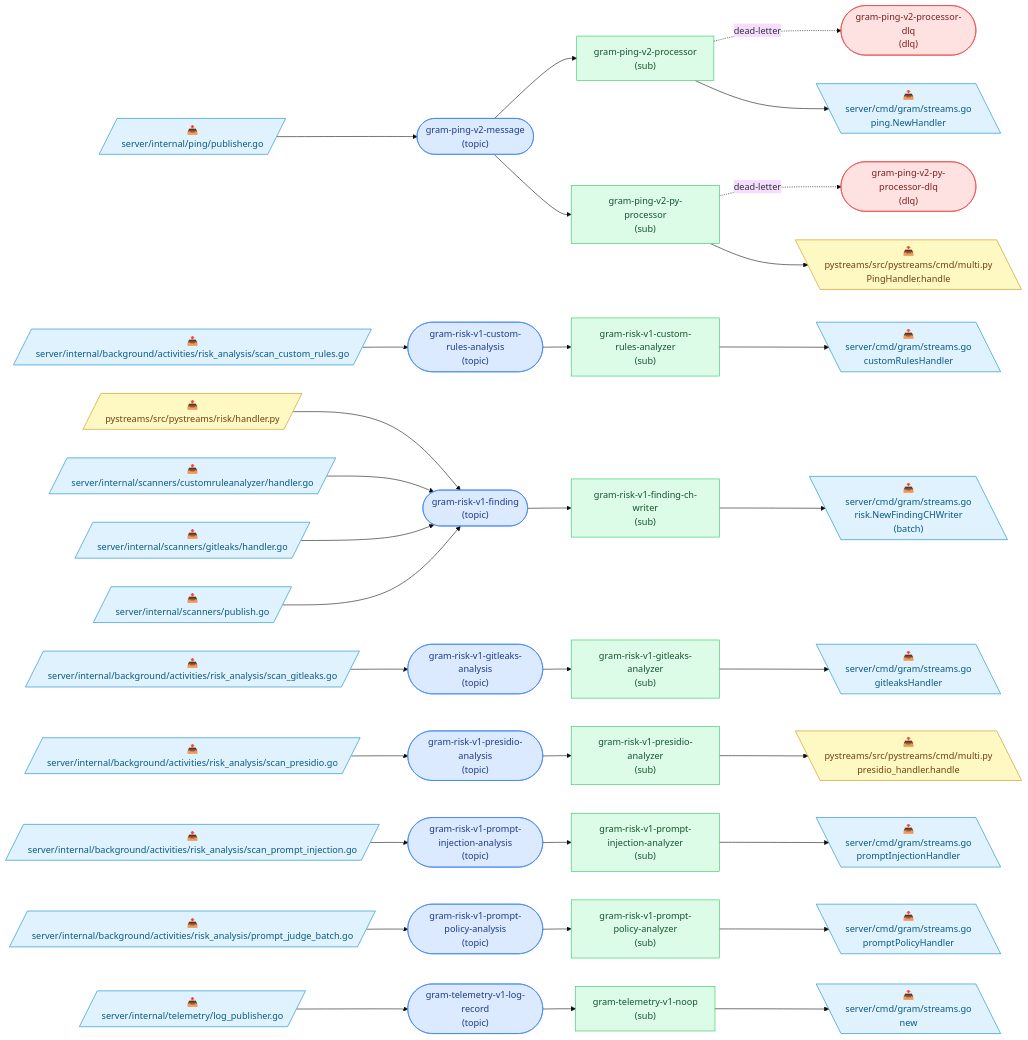
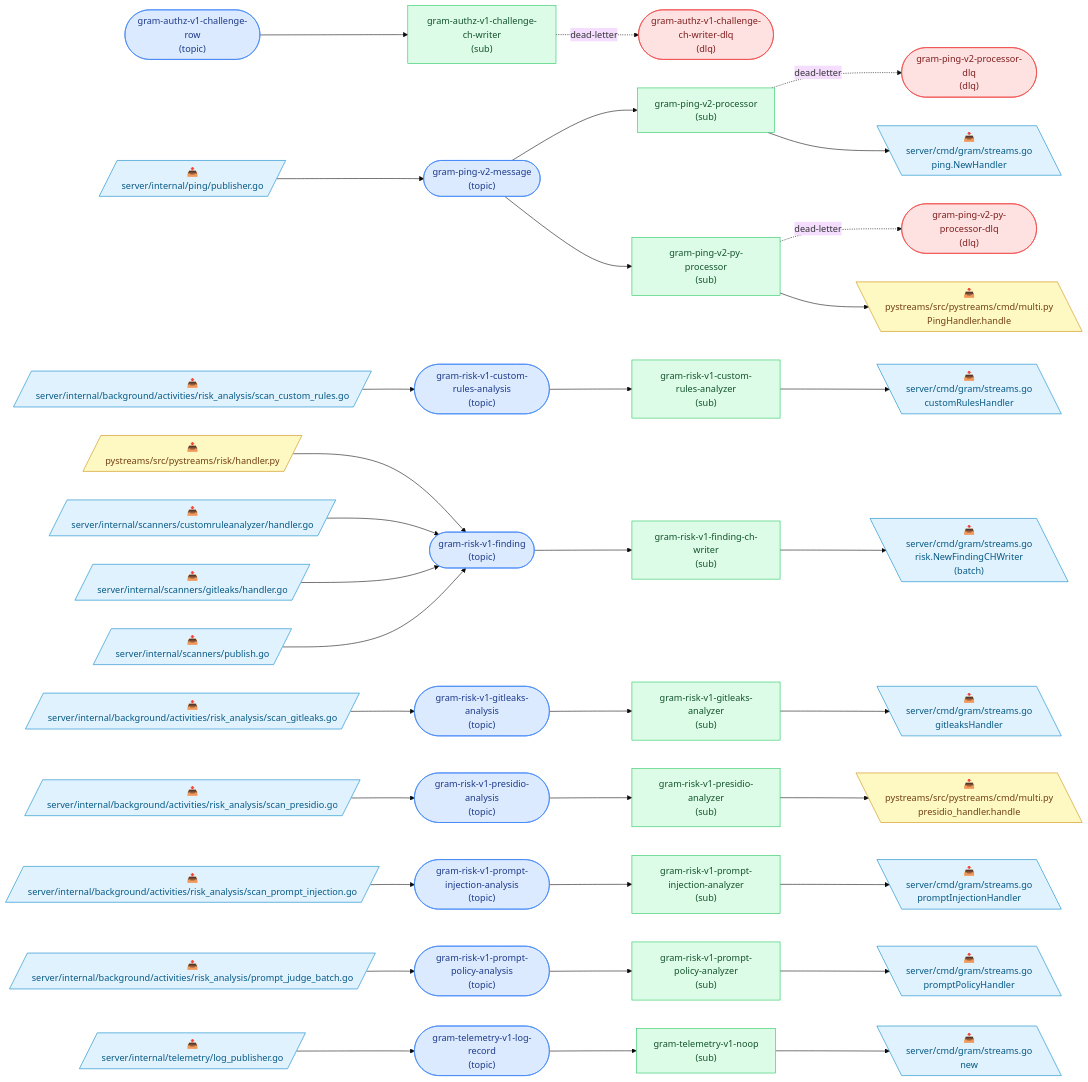
The diagram in docs/pubsub-topology.md (speakeasy-api/gram), drawn with Mermaid (base theme) before and after one commit. The commit also changed other lines of this file and 83 other files, not shown here.

First line of the commit message:
fix(authz): route challenge logging through Pub/Sub

```diff
--- a/docs/pubsub-topology.md
+++ b/docs/pubsub-topology.md
@@ -15,6 +15,8 @@
   classDef python fill:#fef9c3,stroke:#ca8a04,color:#713f12;
   classDef deprecated stroke-dasharray:4 3,opacity:0.55;
 
+  t_gram_authz_v1_challenge_ch_writer_dlq(["gram-authz-v1-challenge-ch-writer-dlq<br/>(dlq)"]):::dlq
+  t_gram_authz_v1_challenge_row(["gram-authz-v1-challenge-row<br/>(topic)"]):::topic
   t_gram_ping_v2_message(["gram-ping-v2-message<br/>(topic)"]):::topic
   t_gram_ping_v2_processor_dlq(["gram-ping-v2-processor-dlq<br/>(dlq)"]):::dlq
   t_gram_ping_v2_py_processor_dlq(["gram-ping-v2-py-processor-dlq<br/>(dlq)"]):::dlq
@@ -25,6 +27,7 @@
   t_gram_risk_v1_prompt_injection_analysis(["gram-risk-v1-prompt-injection-analysis<br/>(topic)"]):::topic
   t_gram_risk_v1_prompt_policy_analysis(["gram-risk-v1-prompt-policy-analysis<br/>(topic)"]):::topic
   t_gram_telemetry_v1_log_record(["gram-telemetry-v1-log-record<br/>(topic)"]):::topic
+  s_gram_authz_v1_challenge_ch_writer["gram-authz-v1-challenge-ch-writer<br/>(sub)"]:::sub
   s_gram_ping_v2_processor["gram-ping-v2-processor<br/>(sub)"]:::sub
   s_gram_ping_v2_py_processor["gram-ping-v2-py-processor<br/>(sub)"]:::sub
   s_gram_risk_v1_custom_rules_analyzer["gram-risk-v1-custom-rules-analyzer<br/>(sub)"]:::sub
@@ -57,6 +60,8 @@
   p9 --> t_gram_risk_v1_prompt_policy_analysis
   p10[/"📤<br/>server/internal/telemetry/log_publisher.go"/]:::go
   p10 --> t_gram_telemetry_v1_log_record
+  t_gram_authz_v1_challenge_row --> s_gram_authz_v1_challenge_ch_writer
+  s_gram_authz_v1_challenge_ch_writer -. dead-letter .-> t_gram_authz_v1_challenge_ch_writer_dlq
   t_gram_ping_v2_message --> s_gram_ping_v2_processor
   s_gram_ping_v2_processor -. dead-letter .-> t_gram_ping_v2_processor_dlq
   t_gram_ping_v2_message --> s_gram_ping_v2_py_processor
```
